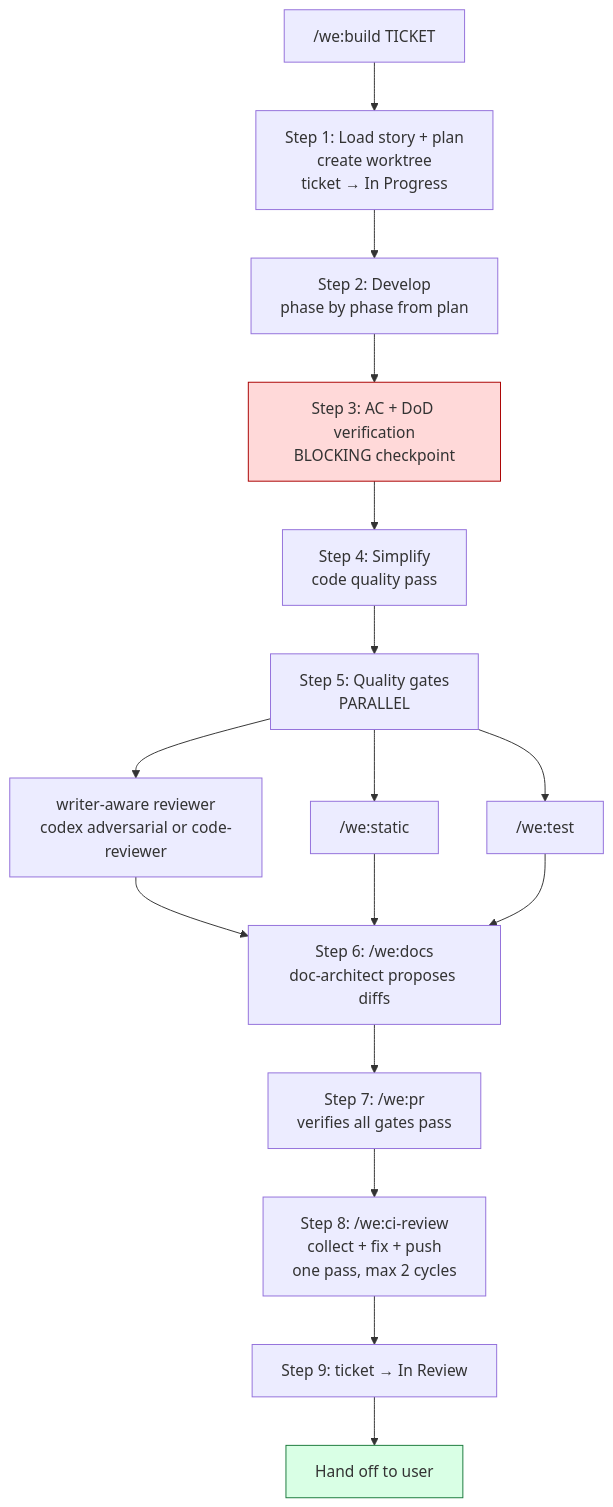
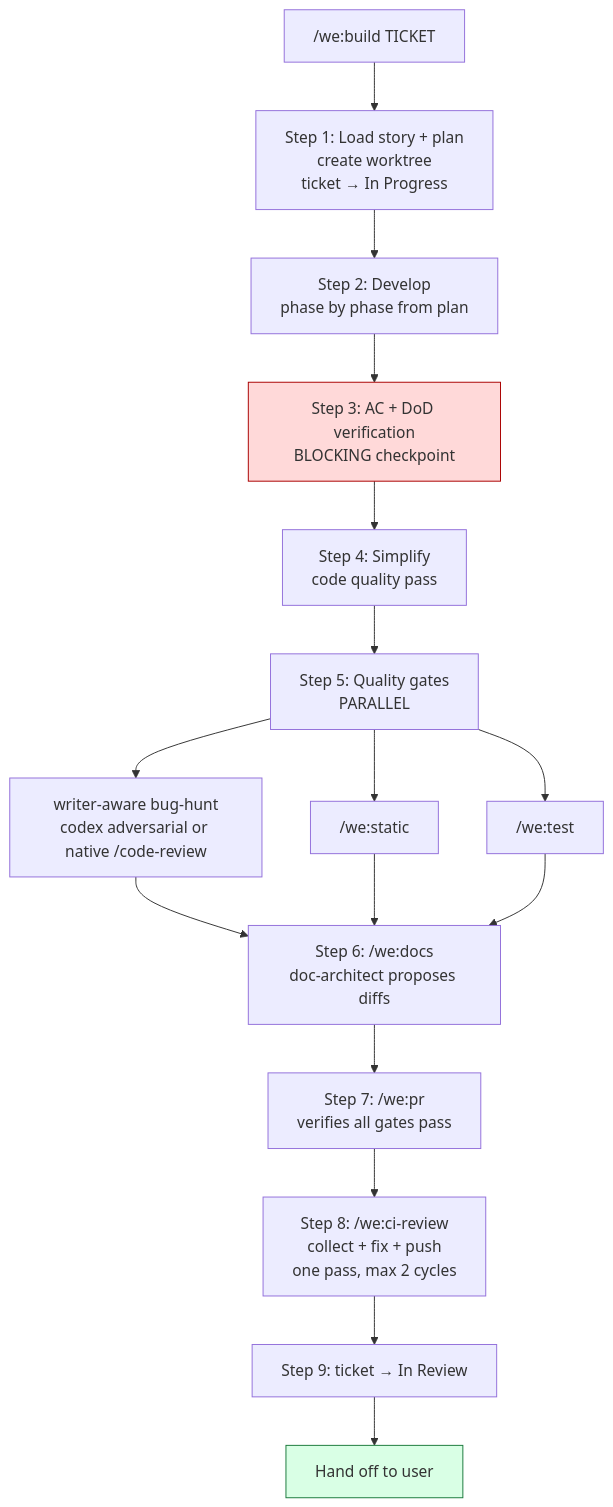
The second of 4 diagrams in docs/workflow.md (weside-ai/claude-code-plugin), drawn with Mermaid before and after one commit. The commit also changed other lines of this file and 22 other files, not shown here.

First line of the commit message:
feat(review)!: split AC-review from bug-hunt code-review (v4.0.0)

````diff
--- a/docs/workflow.md
+++ b/docs/workflow.md
@@ -81,19 +81,19 @@
 ```mermaid
 flowchart TB
     Start["/we:build TICKET"] --> DoR[Step 1: Load story + plan<br/>create worktree<br/>ticket → In Progress]
     DoR --> Dev[Step 2: Develop<br/>phase by phase from plan]
     Dev --> AC[Step 3: AC + DoD verification<br/>BLOCKING checkpoint]
     AC --> Simp[Step 4: Simplify<br/>code quality pass]
     Simp --> Gates[Step 5: Quality gates<br/>PARALLEL]
-    Gates --> Review["writer-aware reviewer<br/>codex adversarial or code-reviewer"]
+    Gates --> Review["writer-aware bug-hunt<br/>codex adversarial or native /code-review"]
     Gates --> Static["/we:static"]
     Gates --> Test["/we:test"]
     Review & Static & Test --> Docs[Step 6: /we:docs<br/>doc-architect proposes diffs]
     Docs --> PR[Step 7: /we:pr<br/>verifies all gates pass]
     PR --> CI[Step 8: /we:ci-review<br/>collect + fix + push<br/>one pass, max 2 cycles]
     CI --> Verify[Step 9: ticket → In Review]
     Verify --> Hand[Hand off to user]
 
     style AC fill:#ffd9d9,stroke:#aa0000
     style Hand fill:#d9ffe5,stroke:#1a7a3c
 ```
````
